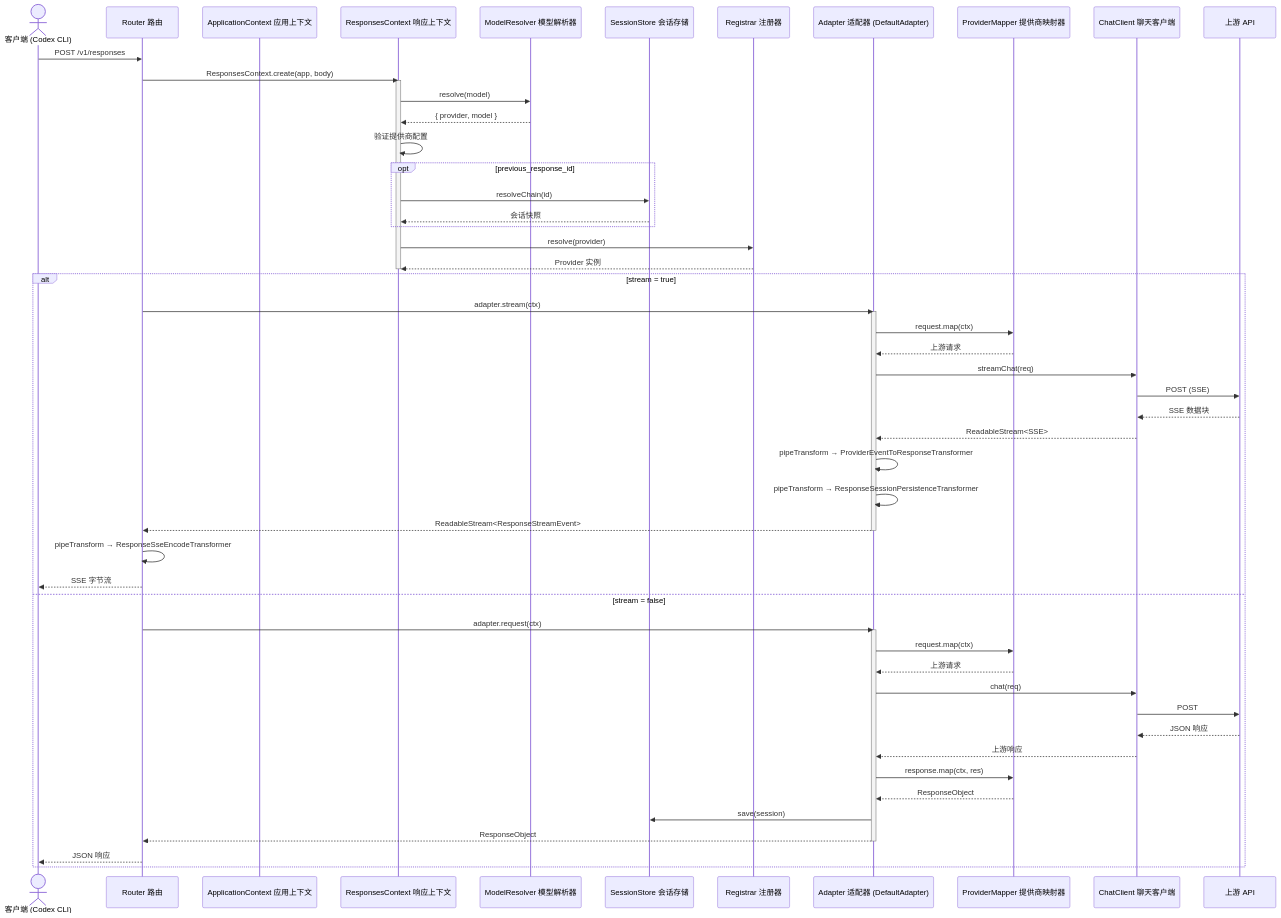
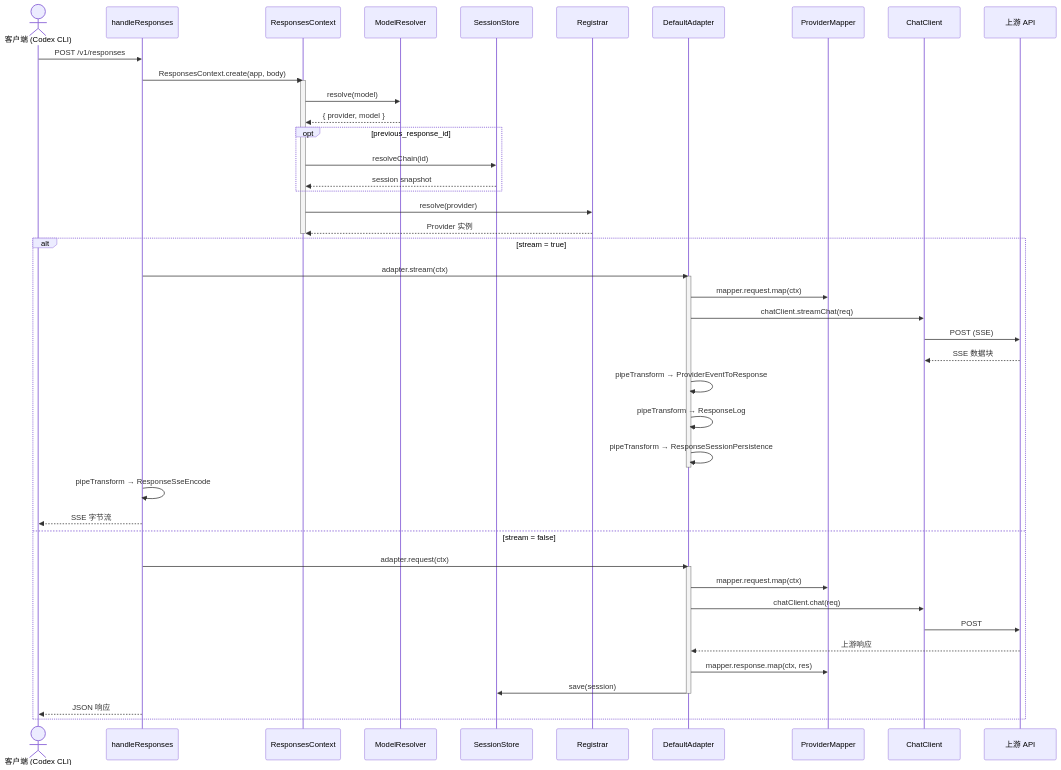
One commit to zamelee/GodeX changed the third of 4 diagrams in README.zh-CN.md. Above: the diagram before and after it, drawn with Mermaid. The commit also changed other lines of this file and 1 other file, not shown here.

````diff
--- a/README.zh-CN.md
+++ b/README.zh-CN.md
@@ -95,63 +212,52 @@
 ```mermaid
 sequenceDiagram
   actor C as 客户端 (Codex CLI)
-  participant R as Router 路由
-  participant AC as ApplicationContext 应用上下文
-  participant RC as ResponsesContext 响应上下文
-  participant MR as ModelResolver 模型解析器
-  participant SS as SessionStore 会话存储
-  participant REG as Registrar 注册器
-  participant A as Adapter 适配器 (DefaultAdapter)
-  participant PM as ProviderMapper 提供商映射器
-  participant CC as ChatClient 聊天客户端
+  participant H as handleResponses
+  participant RC as ResponsesContext
+  participant MR as ModelResolver
+  participant SS as SessionStore
+  participant REG as Registrar
+  participant A as DefaultAdapter
+  participant PM as ProviderMapper
+  participant CC as ChatClient
   participant UP as 上游 API
 
-  C->>R: POST /v1/responses
-  R->>RC: ResponsesContext.create(app, body)
-
+  C->>H: POST /v1/responses
+  H->>RC: ResponsesContext.create(app, body)
   activate RC
     RC->>MR: resolve(model)
     MR-->>RC: { provider, model }
-    RC->>RC: 验证提供商配置
-
     opt previous_response_id
       RC->>SS: resolveChain(id)
-      SS-->>RC: 会话快照
+      SS-->>RC: session snapshot
     end
-
     RC->>REG: resolve(provider)
     REG-->>RC: Provider 实例
   deactivate RC
 
   alt stream = true
-    R->>A: adapter.stream(ctx)
+    H->>A: adapter.stream(ctx)
     activate A
-      A->>PM: request.map(ctx)
-      PM-->>A: 上游请求
-      A->>CC: streamChat(req)
+      A->>PM: mapper.request.map(ctx)
+      A->>CC: chatClient.streamChat(req)
       CC->>UP: POST (SSE)
       UP-->>CC: SSE 数据块
-      CC-->>A: ReadableStream<SSE>
-      A->>A: pipeTransform → ProviderEventToResponseTransformer
-      A->>A: pipeTransform → ResponseSessionPersistenceTransformer
-      A-->>R: ReadableStream<ResponseStreamEvent>
+      A->>A: pipeTransform → ProviderEventToResponse
+      A->>A: pipeTransform → ResponseLog
+      A->>A: pipeTransform → ResponseSessionPersistence
     deactivate A
-    R->>R: pipeTransform → ResponseSseEncodeTransformer
-    R-->>C: SSE 字节流
+    H->>H: pipeTransform → ResponseSseEncode
+    H-->>C: SSE 字节流
   else stream = false
-    R->>A: adapter.request(ctx)
+    H->>A: adapter.request(ctx)
     activate A
-      A->>PM: request.map(ctx)
-      PM-->>A: 上游请求
-      A->>CC: chat(req)
+      A->>PM: mapper.request.map(ctx)
+      A->>CC: chatClient.chat(req)
       CC->>UP: POST
-      UP-->>CC: JSON 响应
-      CC-->>A: 上游响应
-      A->>PM: response.map(ctx, res)
-      PM-->>A: ResponseObject
+      UP-->>A: 上游响应
+      A->>PM: mapper.response.map(ctx, res)
       A->>SS: save(session)
-      A-->>R: ResponseObject
     deactivate A
-    R-->>C: JSON 响应
+    H-->>C: JSON 响应
   end
 ```
````
